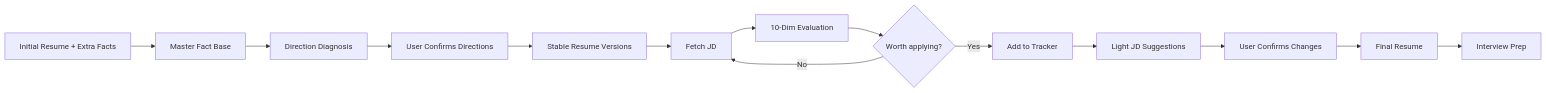
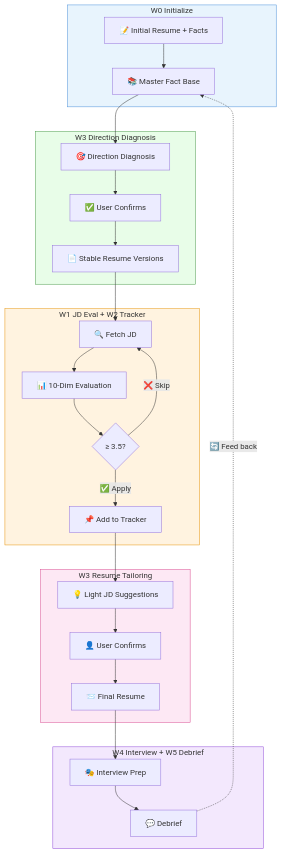
The diagram in README.en.md (JackySummerfield/career-ops-cn), drawn with Mermaid before and after one commit. The commit also changed other lines of this file and 1 other file, not shown here.

Commit message:
docs: improve workflow overview diagram
- Switch from flat graph LR to vertical flowchart TD with subgraphs
- Group steps by workflow (W0/W1-W2/W3/W4-W5) with color coding
- Add emoji labels for visual scanning
- Show debrief→master feedback loop (was missing)
- Add interview debrief step (W5 was not shown)

````diff
--- a/README.en.md
+++ b/README.en.md
@@ -73,16 +73,39 @@
 ```mermaid
-graph LR
-    A[Initial Resume + Extra Facts] --> B[Master Fact Base]
-    B --> C[Direction Diagnosis]
-    C --> D[User Confirms Directions]
-    D --> E[Stable Resume Versions]
-    E --> F[Fetch JD]
-    F --> G[10-Dim Evaluation]
-    G --> H{Worth applying?}
-    H -->|Yes| I[Add to Tracker]
-    H -->|No| F
-    I --> J[Light JD Suggestions]
-    J --> K[User Confirms Changes]
-    K --> L[Final Resume]
-    L --> M[Interview Prep]
+flowchart TD
+    subgraph W0 ["W0 Initialize"]
+        A["📝 Initial Resume + Facts"] --> B["📚 Master Fact Base"]
+    end
+
+    subgraph W3A ["W3 Direction Diagnosis"]
+        B --> C["🎯 Direction Diagnosis"]
+        C --> D["✅ User Confirms"]
+        D --> E["📄 Stable Resume Versions"]
+    end
+
+    subgraph W1W2 ["W1 JD Eval + W2 Tracker"]
+        F["🔍 Fetch JD"] --> G["📊 10-Dim Evaluation"]
+        G --> H{"≥ 3.5?"}
+        H -->|"✅ Apply"| I["📌 Add to Tracker"]
+        H -->|"❌ Skip"| F
+    end
+
+    subgraph W3C ["W3 Resume Tailoring"]
+        I --> J["💡 Light JD Suggestions"]
+        J --> K["👤 User Confirms"]
+        K --> L["📨 Final Resume"]
+    end
+
+    subgraph W4W5 ["W4 Interview + W5 Debrief"]
+        L --> M["🎭 Interview Prep"]
+        M --> N["💬 Debrief"]
+    end
+
+    E --> F
+    N -.->|"🔄 Feed back"| B
+
+    style W0 fill:#e8f4fd,stroke:#4a90d9
+    style W3A fill:#e8fde8,stroke:#4a9a4a
+    style W1W2 fill:#fff3e0,stroke:#e6930a
+    style W3C fill:#fde8f4,stroke:#d94a90
+    style W4W5 fill:#f3e8fd,stroke:#904ad9
 ```
````
